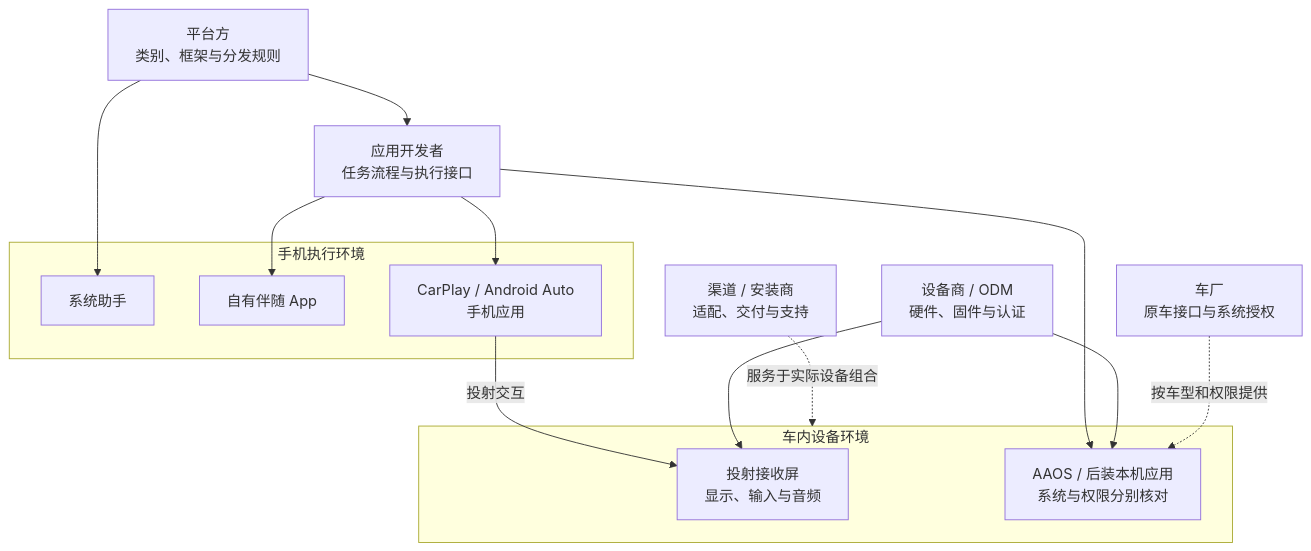
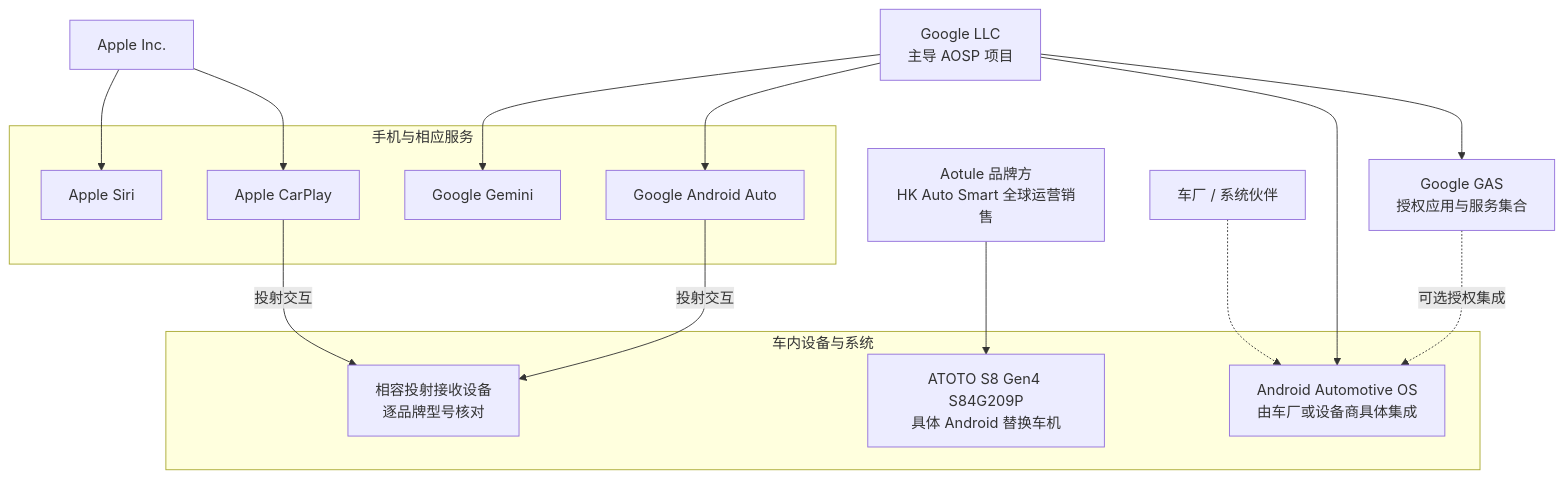
Before and after one commit to DreamSoul-AI/in-vehicle-ai-research: the second of 9 diagrams in content/research.md, drawn with Mermaid. The commit also changed other lines of this file and 25 other files, not shown here.

````diff
--- a/content/research.md
+++ b/content/research.md
@@ -121,33 +109,36 @@
 ```mermaid
-%% title: 平台角色与任务执行位置
-%% 图1 平台角色与执行位置。分析示意，非进程图，箭头表示管理或接入关系。
+%% title: 平台、具体产品与公司关系
+%% 分析示意；实线表示提供、实现或投射，虚线表示授权或具体系统集成条件。
 %% 来源 https://developer.apple.com/carplay/
-%% 来源 https://developer.android.com/training/cars/platforms/android-auto
+%% 来源 https://source.android.com/docs/setup/about
 %% 来源 https://source.android.com/docs/automotive/start/what_automotive
-%% 来源 https://mfi.apple.com/en/faqs
+%% 来源 https://www.atotodirect.com/en-gb/pages/about-atoto
 flowchart TB
-  PLATFORM["平台方<br/>类别、框架与分发规则"]
-  APP["应用开发者<br/>任务流程与执行接口"]
-  subgraph PHONE["手机执行环境"]
-    SYSTEM["系统助手"]
-    OWN["自有伴随 App"]
-    PROJECT["CarPlay / Android Auto<br/>手机应用"]
+  APPLE["Apple Inc."]
+  GOOGLE["Google LLC<br/>主导 AOSP 项目"]
+  AOTULE["Aotule 品牌方<br/>HK Auto Smart 全球运营销售"]
+  subgraph PHONE["手机与相应服务"]
+    SIRI["Apple Siri"]
+    GEMINI["Google Gemini"]
+    CP["Apple CarPlay"]
+    AA["Google Android Auto"]
   end
-  subgraph VEHICLE["车内设备环境"]
-    RECEIVER["投射接收屏<br/>显示、输入与音频"]
-    NATIVE["AAOS / 后装本机应用<br/>系统与权限分别核对"]
+  subgraph CAR["车内设备与系统"]
+    SCREEN["相容投射接收设备<br/>逐品牌型号核对"]
+    AAOS["Android Automotive OS<br/>由车厂或设备商具体集成"]
+    ATOTO["ATOTO S8 Gen4 S84G209P<br/>具体 Android 替换车机"]
   end
-  DEVICE["设备商 / ODM<br/>硬件、固件与认证"]
-  OEM["车厂<br/>原车接口与系统授权"]
-  CHANNEL["渠道 / 安装商<br/>适配、交付与支持"]
-  PLATFORM --> APP
-  PLATFORM --> SYSTEM
-  APP --> OWN
-  APP --> PROJECT
-  PROJECT -->|"投射交互"| RECEIVER
-  APP --> NATIVE
-  DEVICE --> RECEIVER
-  DEVICE --> NATIVE
-  OEM -.->|"按车型和权限提供"| NATIVE
-  CHANNEL -.->|"服务于实际设备组合"| VEHICLE
+  GAS["Google GAS<br/>授权应用与服务集合"]
+  OEM["车厂 / 系统伙伴"]
+  APPLE --> SIRI
+  APPLE --> CP
+  GOOGLE --> GEMINI
+  GOOGLE --> AA
+  GOOGLE --> AAOS
+  GOOGLE --> GAS
+  GAS -.->|"可选授权集成"| AAOS
+  OEM -.-> AAOS
+  CP -->|"投射交互"| SCREEN
+  AA -->|"投射交互"| SCREEN
+  AOTULE --> ATOTO
 ```
````
